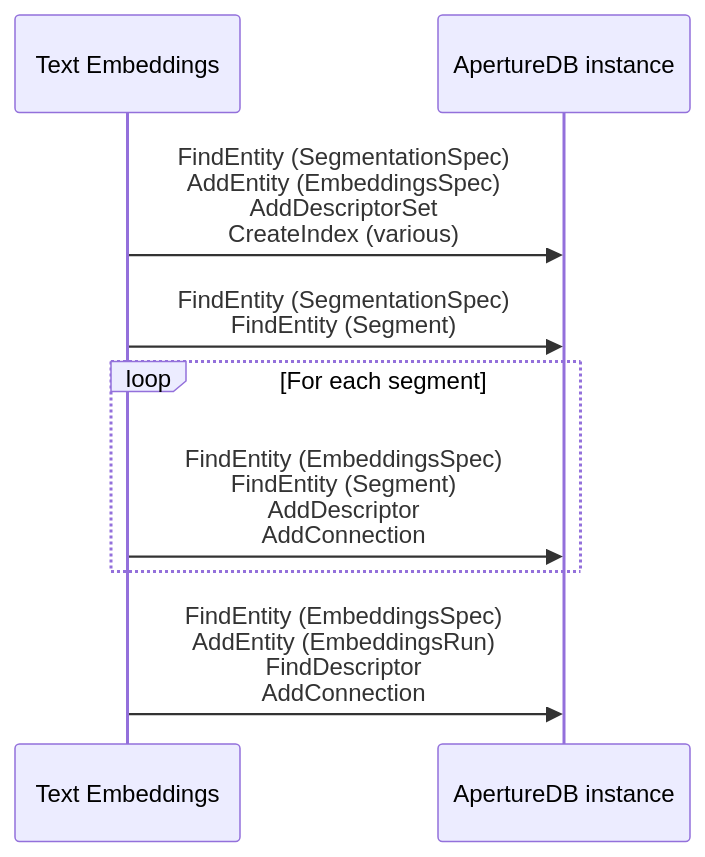
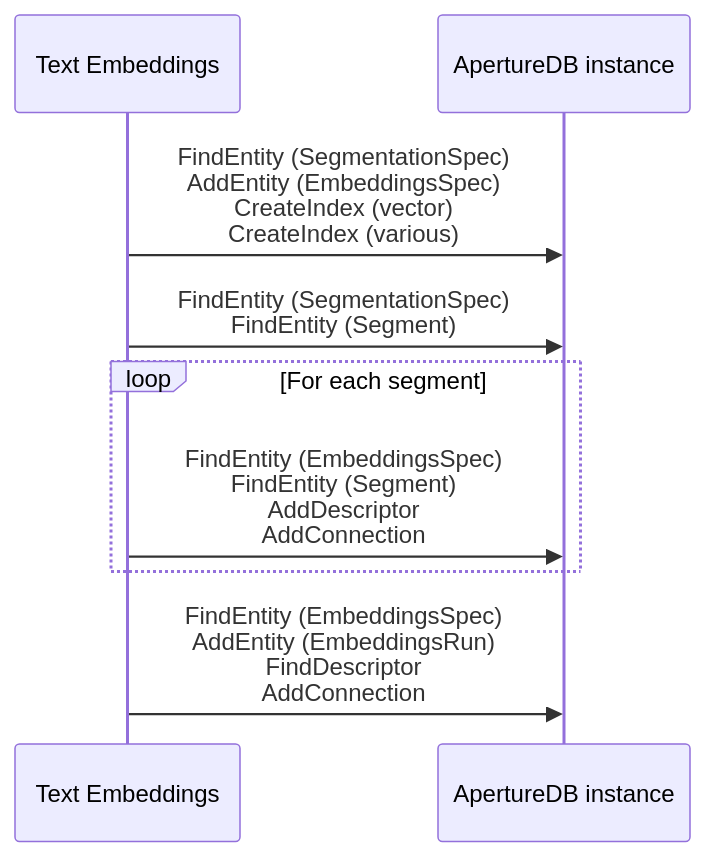
The second of 2 diagrams in apps/text-embeddings/README.md (aperture-data/workflows), drawn with Mermaid before and after one commit. The commit also changed other lines of this file and 100 other files, not shown here.

````diff
--- a/apps/text-embeddings/README.md
+++ b/apps/text-embeddings/README.md
@@ -52,11 +52,11 @@
 ```mermaid
 sequenceDiagram
     participant W as Text Embeddings
     participant A as ApertureDB instance
-    W->>A: FindEntity (SegmentationSpec)<br/>AddEntity (EmbeddingsSpec)<br/>AddDescriptorSet<br/>CreateIndex (various)
+    W->>A: FindEntity (SegmentationSpec)<br/>AddEntity (EmbeddingsSpec)<br/>CreateIndex (vector)<br/>CreateIndex (various)
     W->>A: FindEntity (SegmentationSpec)<br/>FindEntity (Segment)
     loop For each segment
-        W->>A: FindEntity (EmbeddingsSpec)<br/>FindEntity (Segment)<br/>AddDescriptor <br/> AddConnection 
+        W->>A: FindEntity (EmbeddingsSpec)<br/>FindEntity (Segment)<br/>AddDescriptor <br/> AddConnection
     end
     W->>A: FindEntity (EmbeddingsSpec)<br/>AddEntity (EmbeddingsRun)<br/>FindDescriptor<br/>AddConnection
 ```
````
